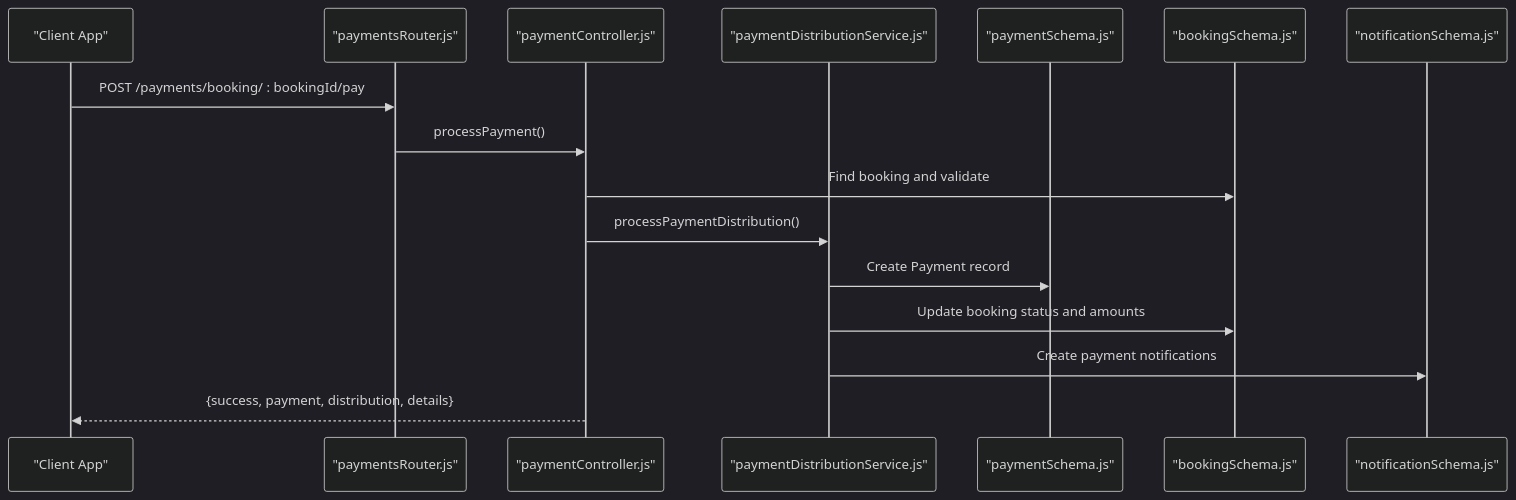
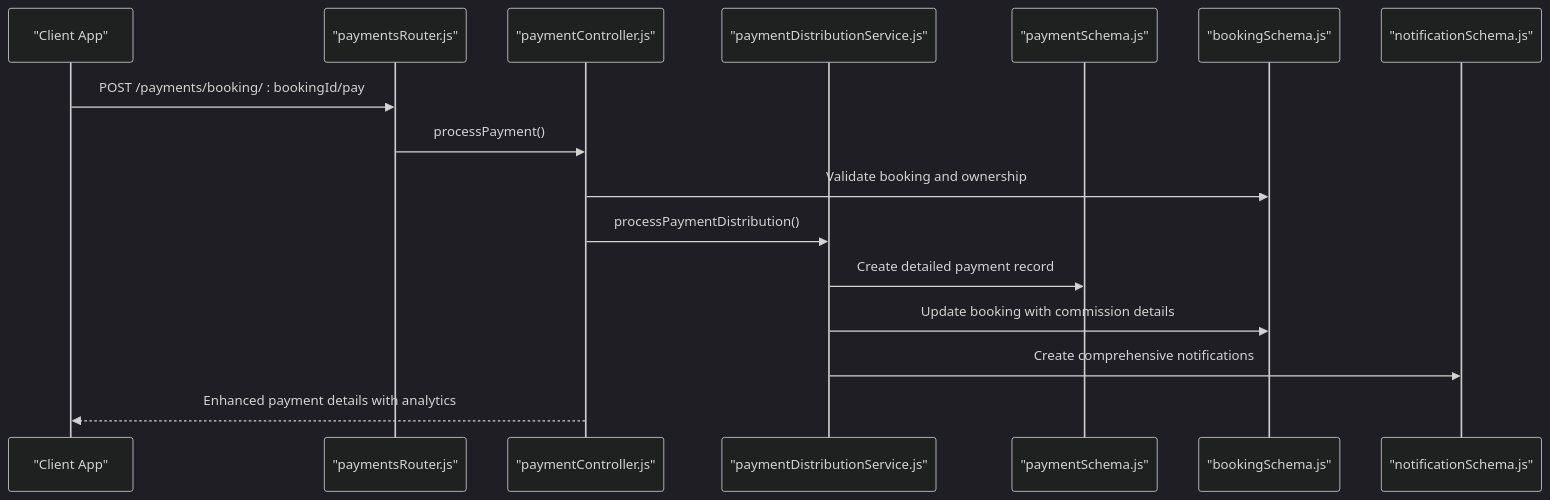
The second of 8 diagrams in .qoder/repowiki/en/content/Booking and Payment System/Payment Processing System.md (meghanamallela69-tech/event), drawn with Mermaid (dark theme) before and after one commit. The commit also changed other lines of this file and 63 other files, not shown here.

````diff
--- a/.qoder/repowiki/en/content/Booking and Payment System/Payment Processing System.md
+++ b/.qoder/repowiki/en/content/Booking and Payment System/Payment Processing System.md
@@ -121,18 +133,18 @@
 ```mermaid
 sequenceDiagram
 participant Client as "Client App"
 participant Router as "paymentsRouter.js"
 participant Ctrl as "paymentController.js"
 participant Dist as "paymentDistributionService.js"
 participant Model as "paymentSchema.js"
 participant Book as "bookingSchema.js"
 participant Notif as "notificationSchema.js"
 Client->>Router : POST /payments/booking/ : bookingId/pay
 Router->>Ctrl : processPayment()
-Ctrl->>Book : Find booking and validate
+Ctrl->>Book : Validate booking and ownership
 Ctrl->>Dist : processPaymentDistribution()
-Dist->>Model : Create Payment record
-Dist->>Book : Update booking status and amounts
-Dist->>Notif : Create payment notifications
-Ctrl-->>Client : {success, payment, distribution, details}
+Dist->>Model : Create detailed payment record
+Dist->>Book : Update booking with commission details
+Dist->>Notif : Create comprehensive notifications
+Ctrl-->>Client : Enhanced payment details with analytics
 ```
````
